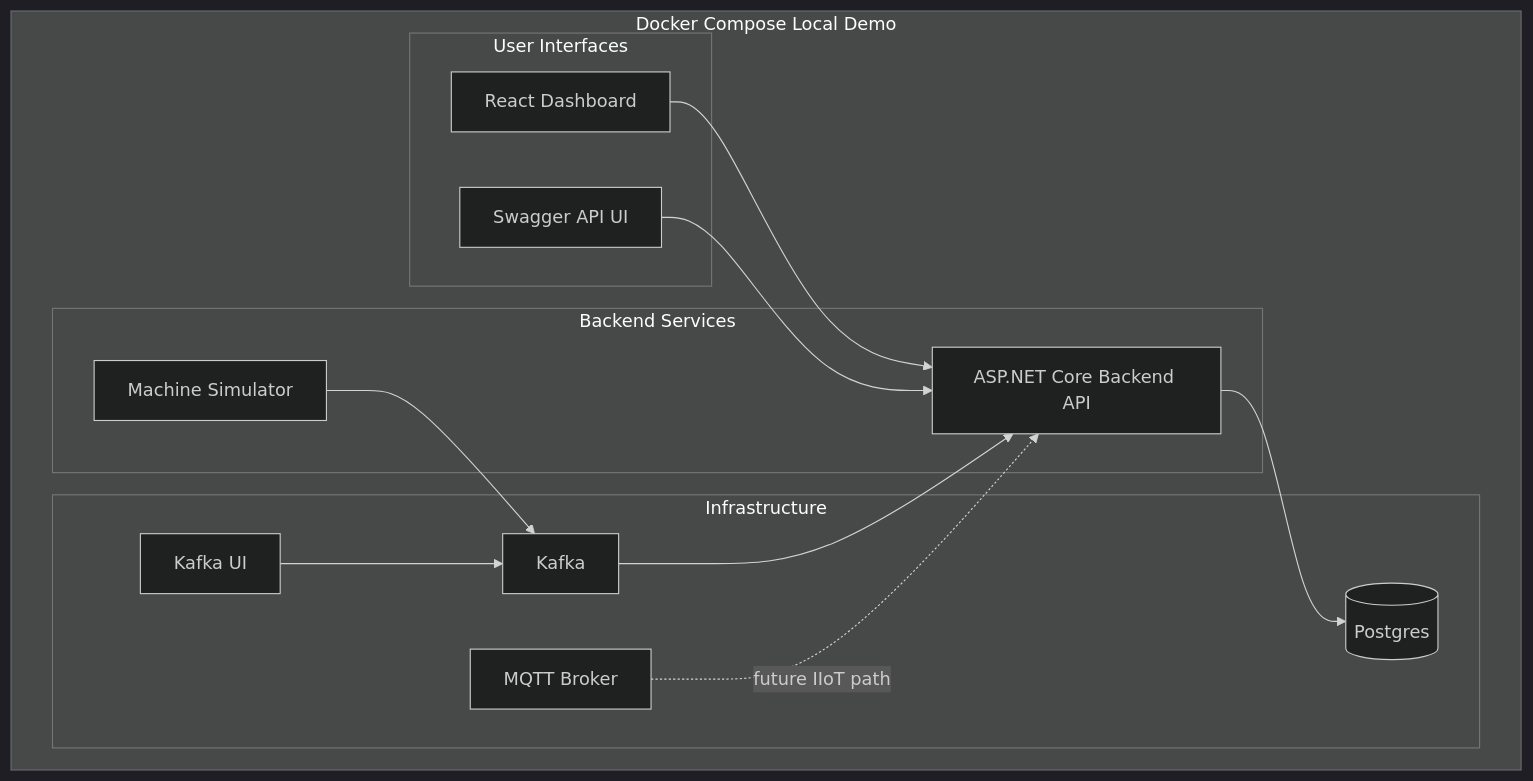
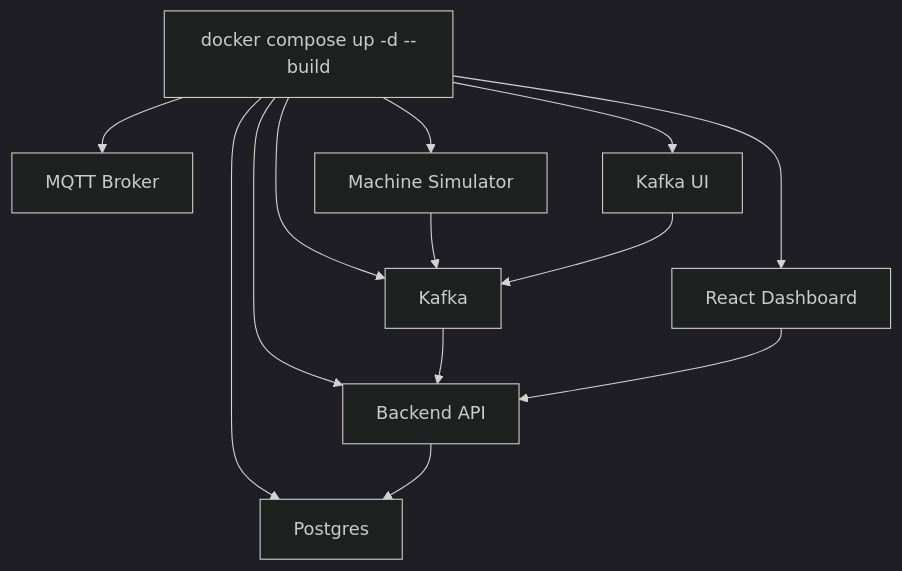
The fourth of 7 diagrams in README.md (parthoece/fabiq-smart-factory), drawn with Mermaid (dark theme) before and after one commit. The commit also changed other lines of this file, not shown here.

Commit message:
modified readme visual diagram

````diff
--- a/README.md
+++ b/README.md
@@ -128,29 +93,18 @@
 ```mermaid
 flowchart TB
-    subgraph Docker["Docker Compose Local Demo"]
-        subgraph Infrastructure["Infrastructure"]
-            Postgres[(Postgres)]
-            Kafka[Kafka]
-            MQTT[MQTT Broker]
-            KafkaUI[Kafka UI]
-        end
+    A[docker compose up -d --build]
 
-        subgraph Backend["Backend Services"]
-            API[ASP.NET Core Backend API]
-            Simulator[Machine Simulator]
-        end
+    A --> B[Postgres]
+    A --> C[Kafka]
+    A --> D[MQTT Broker]
+    A --> E[Backend API]
+    A --> F[Machine Simulator]
+    A --> G[React Dashboard]
+    A --> H[Kafka UI]
 
-        subgraph Frontend["User Interfaces"]
-            React[React Dashboard]
-            Swagger[Swagger API UI]
-        end
-    end
-
-    Simulator --> Kafka
-    Kafka --> API
-    API --> Postgres
-    React --> API
-    Swagger --> API
-    KafkaUI --> Kafka
-    MQTT -. future IIoT path .-> API
+    F --> C
+    C --> E
+    E --> B
+    G --> E
+    H --> C
 ```
````
